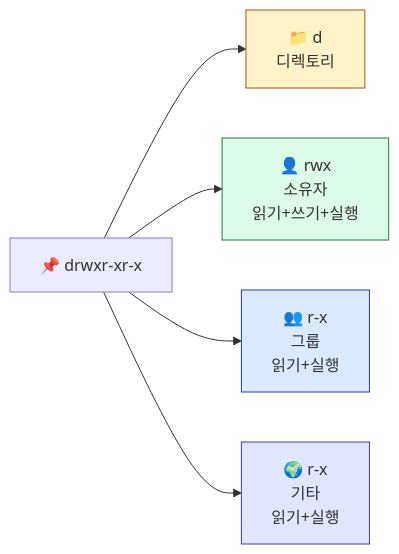
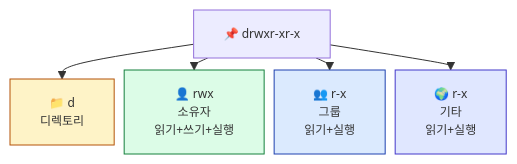
One commit to webDevpia/webDevpia.github.io changed the second of 3 diagrams in docs/04_cloud/05_리눅스_기초_명령어.md. Above: the diagram before and after it, drawn with Mermaid. The commit also changed other lines of this file and 615 other files, not shown here.

````diff
--- a/docs/04_cloud/05_리눅스_기초_명령어.md
+++ b/docs/04_cloud/05_리눅스_기초_명령어.md
@@ -206,12 +204,13 @@
 ```mermaid
-flowchart LR
+%%{init: {'themeVariables': {'fontSize': '12px'}, 'flowchart': {'nodeSpacing': 10, 'rankSpacing': 12}}}%%
+flowchart TB
     Full["📌 drwxr-xr-x"] --> D["📁 d<br/>디렉토리"]
     Full --> Owner["👤 rwx<br/>소유자<br/>읽기+쓰기+실행"]
     Full --> Group["👥 r-x<br/>그룹<br/>읽기+실행"]
     Full --> Other["🌍 r-x<br/>기타<br/>읽기+실행"]
 
     style D fill:#fef3c7,stroke:#b45309
     style Owner fill:#dcfce7,stroke:#15803d
     style Group fill:#dbeafe,stroke:#1e40af
     style Other fill:#e0e7ff,stroke:#4338ca
 ```
````
